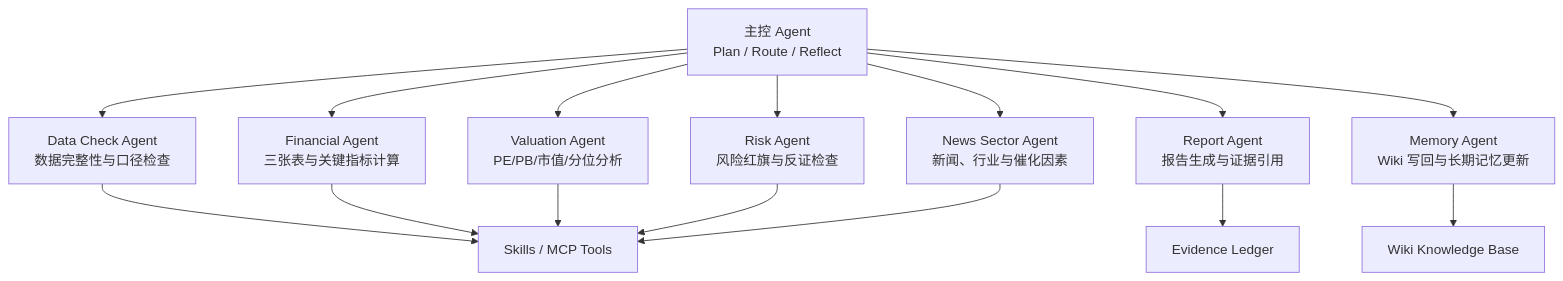
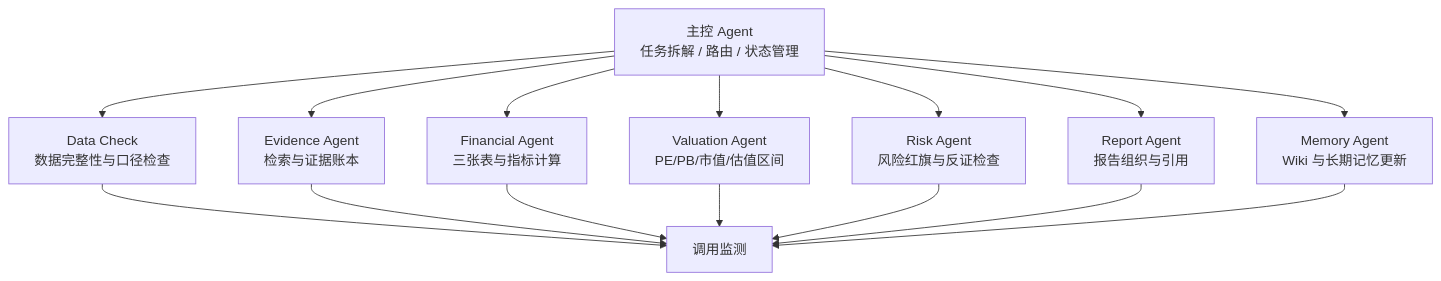
The third of 9 diagrams in README.md (ljt-sss/A_stock_analysis_agent), drawn with Mermaid before and after one commit. The commit also changed other lines of this file and 47 other files, not shown here.

````diff
--- a/README.md
+++ b/README.md
@@ -171,18 +93,18 @@
 ```mermaid
 flowchart TB
-    Master["主控 Agent<br/>Plan / Route / Reflect"] --> A["Data Check Agent<br/>数据完整性与口径检查"]
-    Master --> B["Financial Agent<br/>三张表与关键指标计算"]
-    Master --> C["Valuation Agent<br/>PE/PB/市值/分位分析"]
-    Master --> D["Risk Agent<br/>风险红旗与反证检查"]
-    Master --> E["News Sector Agent<br/>新闻、行业与催化因素"]
-    Master --> F["Report Agent<br/>报告生成与证据引用"]
-    Master --> G["Memory Agent<br/>Wiki 写回与长期记忆更新"]
+    Master["主控 Agent<br/>任务拆解 / 路由 / 状态管理"] --> Data["Data Check<br/>数据完整性与口径检查"]
+    Master --> Evidence["Evidence Agent<br/>检索与证据账本"]
+    Master --> Finance["Financial Agent<br/>三张表与指标计算"]
+    Master --> Valuation["Valuation Agent<br/>PE/PB/市值/估值区间"]
+    Master --> Risk["Risk Agent<br/>风险红旗与反证检查"]
+    Master --> Report["Report Agent<br/>报告组织与引用"]
+    Master --> Memory["Memory Agent<br/>Wiki 与长期记忆更新"]
 
-    A --> Tools["Skills / MCP Tools"]
-    B --> Tools
-    C --> Tools
-    D --> Tools
-    E --> Tools
-    F --> Evidence["Evidence Ledger"]
-    G --> Wiki["Wiki Knowledge Base"]
+    Data --> Monitor["调用监测"]
+    Evidence --> Monitor
+    Finance --> Monitor
+    Valuation --> Monitor
+    Risk --> Monitor
+    Report --> Monitor
+    Memory --> Monitor
 ```
````
